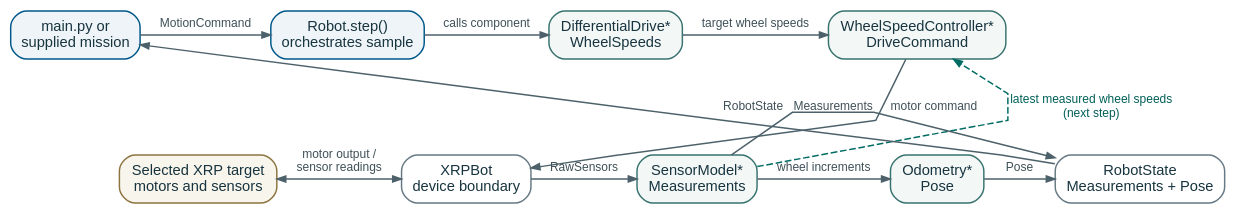
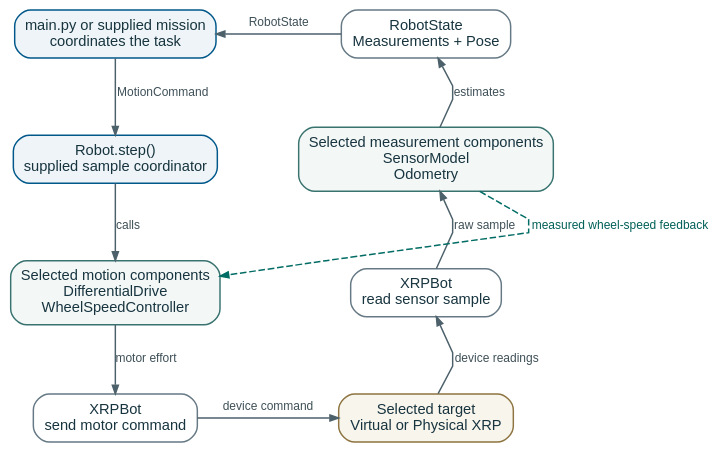
One commit to yonvisell/ucsbxrp changed the diagram in docs/diagrams/control-cycle.dot. Above: the diagram before and after it, drawn with Graphviz. The commit also changed 11 other files, not shown here.

```diff
--- a/docs/diagrams/control-cycle.dot
+++ b/docs/diagrams/control-cycle.dot
@@ -1,62 +1,63 @@
 digraph ControlCycle {
   graph [
     bgcolor="transparent",
     fontname="Arial",
-    nodesep=0.38,
+    nodesep=0.5,
     pad=0.08,
     rankdir=TB,
-    ranksep=0.72,
+    ranksep=0.58,
     splines=polyline
   ];
   node [
     color="#667984",
     fillcolor="#ffffff",
     fontcolor="#17343f",
     fontname="Arial",
     fontsize=11,
     margin="0.12,0.08",
     penwidth=1.1,
     shape=box,
     style="rounded,filled"
   ];
   edge [
     arrowsize=0.65,
     color="#4d616b",
     fontcolor="#3f5058",
     fontname="Arial",
     fontsize=9,
     penwidth=1.1
   ];
 
-  main [label="main.py or\nsupplied mission", color="#00588a", fillcolor="#eef4f7"];
-  robot [label="Robot.step()\norchestrates sample", color="#00588a", fillcolor="#eef4f7"];
-  target [label="Selected XRP target\nmotors and sensors", color="#8d7440", fillcolor="#f8f5ed"];
-
-  drive [label="DifferentialDrive*\nWheelSpeeds", color="#39736f", fillcolor="#f3f8f7"];
-  controller [label="WheelSpeedController*\nDriveCommand", color="#39736f", fillcolor="#f3f8f7"];
-  bot [label="XRPBot\ndevice boundary", color="#667984", fillcolor="#ffffff"];
-  sensor [label="SensorModel*\nMeasurements", color="#39736f", fillcolor="#f3f8f7"];
-  odometry [label="Odometry*\nPose", color="#39736f", fillcolor="#f3f8f7"];
+  program [label="main.py or supplied mission\ncoordinates the task", color="#00588a", fillcolor="#eef4f7"];
+  robot [label="Robot.step()\nsupplied sample coordinator", color="#00588a", fillcolor="#eef4f7"];
+  motion [label="Selected motion components\nDifferentialDrive\nWheelSpeedController", color="#39736f", fillcolor="#f3f8f7"];
+  bot_command [label="XRPBot\nsend motor command", color="#667984", fillcolor="#ffffff"];
+  bot_sample [label="XRPBot\nread sensor sample", color="#667984", fillcolor="#ffffff"];
+  target [label="Selected target\nVirtual or Physical XRP", color="#8d7440", fillcolor="#f8f5ed"];
+  measurement [label="Selected measurement components\nSensorModel\nOdometry", color="#39736f", fillcolor="#f3f8f7"];
   state [label="RobotState\nMeasurements + Pose", color="#667984", fillcolor="#ffffff"];
 
-  { rank=same; main; robot; drive; controller; }
-  { rank=same; target; bot; sensor; odometry; state; }
+  { rank=same; program; state; }
+  { rank=same; robot; measurement; }
+  { rank=same; motion; bot_sample; }
+  { rank=same; bot_command; target; }
 
-  main -> robot [label="MotionCommand"];
-  robot -> drive [label="calls component"];
-  drive -> controller [label="target wheel speeds"];
-  controller -> bot [label="motor command"];
-  target -> bot [label="motor output /\nsensor readings", dir=both];
-  bot -> sensor [label="RawSensors"];
-  sensor -> odometry [label="wheel increments"];
-  sensor -> state [label="Measurements"];
-  odometry -> state [label="Pose"];
-  state -> main [label="RobotState", constraint=false];
-  sensor -> controller [
-    label="latest measured wheel speeds\n(next step)",
+  program -> robot [label="MotionCommand"];
+  robot -> motion [label="calls"];
+  motion -> bot_command [label="motor effort"];
+  bot_command -> target [label="device command"];
+  state -> measurement [style=invis, weight=20];
+  measurement -> bot_sample [style=invis, weight=20];
+  bot_sample -> target [style=invis, weight=20];
+  target -> bot_sample [label="device readings", constraint=false];
+  bot_sample -> measurement [label="raw sample", constraint=false];
+  measurement -> state [label="estimates", constraint=false];
+  state -> program [label="RobotState", constraint=false];
+  measurement -> motion [
+    label="measured wheel-speed feedback",
     color="#006c64",
     fontcolor="#005f58",
     style=dashed,
     constraint=false
   ];
 }
```
